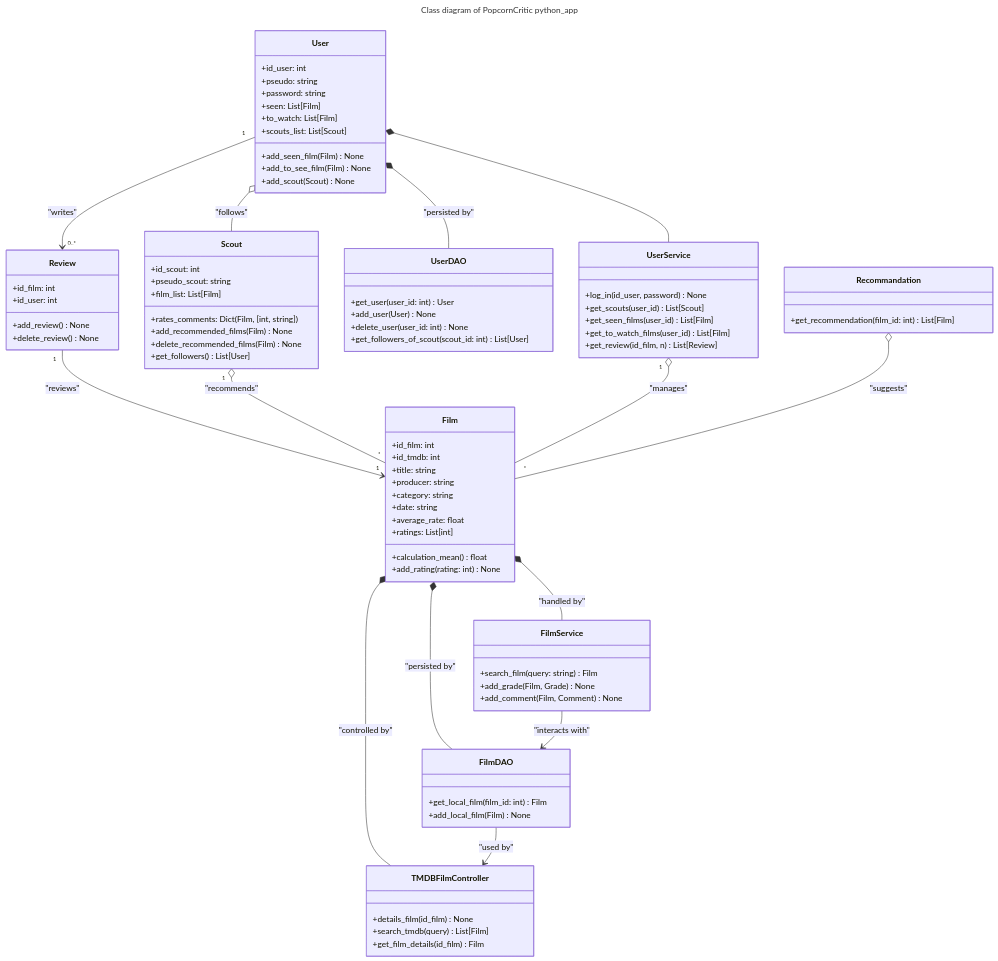
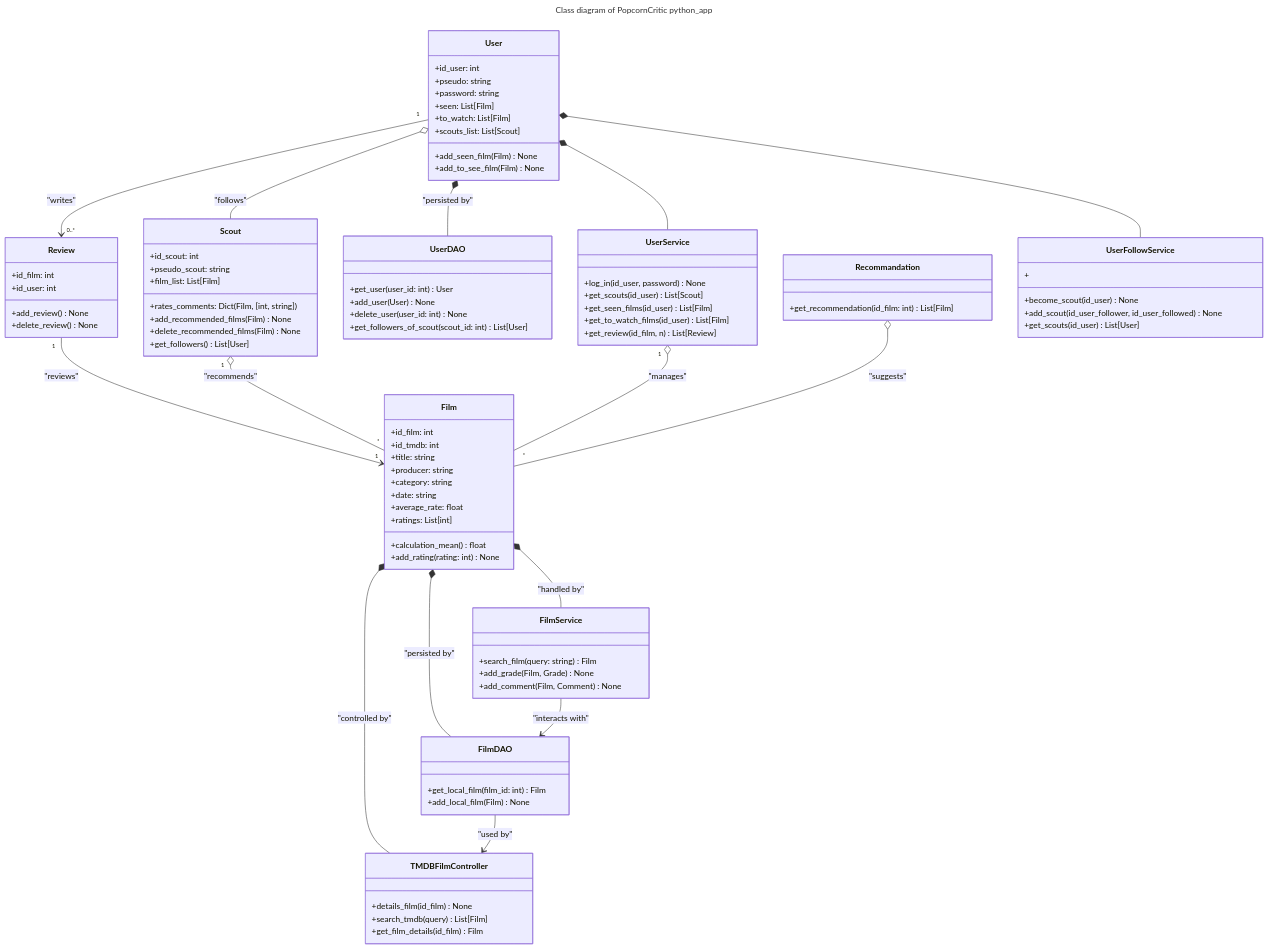
The diagram in src/Diagramme.md (melanielacour/Projet2A_Template), drawn with Mermaid before and after one commit. The commit also changed 2 other files, not shown here.

Commit message:
modifs diagramme

````diff
--- a/src/Diagramme.md
+++ b/src/Diagramme.md
@@ -34,7 +34,6 @@
         +scouts_list: List[Scout]
         +add_seen_film(Film) None
         +add_to_see_film(Film) None
-        +add_scout(Scout) None
     }
 
     class Scout {
@@ -67,14 +66,14 @@
 
     class UserService {
         +log_in(id_user, password) None
-        +get_scouts(user_id) List[Scout]
-        +get_seen_films(user_id) List[Film]
-        +get_to_watch_films(user_id) List[Film]
+        +get_scouts(id_user) List[Scout]
+        +get_seen_films(id_user) List[Film]
+        +get_to_watch_films(id_user) List[Film]
         +get_review(id_film, n) List[Review]
     }
 
     class Recommandation {
-        +get_recommendation(film_id: int) List[Film]
+        +get_recommendation(id_film: int) List[Film]
     }
 
     class TMDBFilmController {
@@ -82,6 +81,14 @@
         +search_tmdb(query) List[Film]
         +get_film_details(id_film) Film
     }
+
+    class UserFollowService {
+        +become_scout(id_user) None
+        +add_scout(id_user_follower, id_user_followed) None
+        +get_scouts(id_user) List[User]
+        +
+    }
+
 
 %% Relations entre les classes
 User *-- UserService
@@ -97,5 +104,5 @@
 FilmDAO --> TMDBFilmController : "used by"
 FilmService --> FilmDAO : "interacts with"
 Recommandation o-- Film : "suggests"
-
+User *-- UserFollowService
 ```
````
